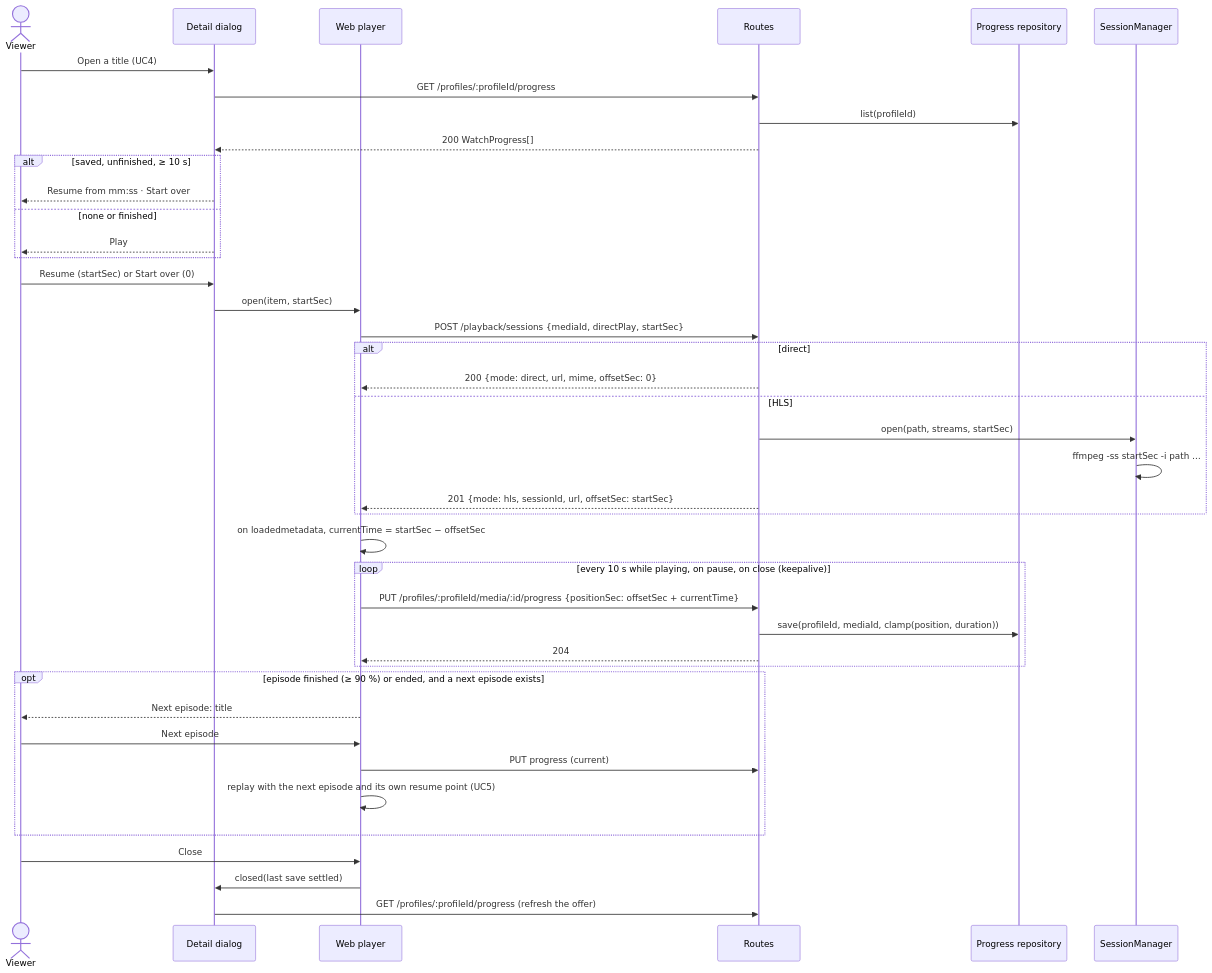
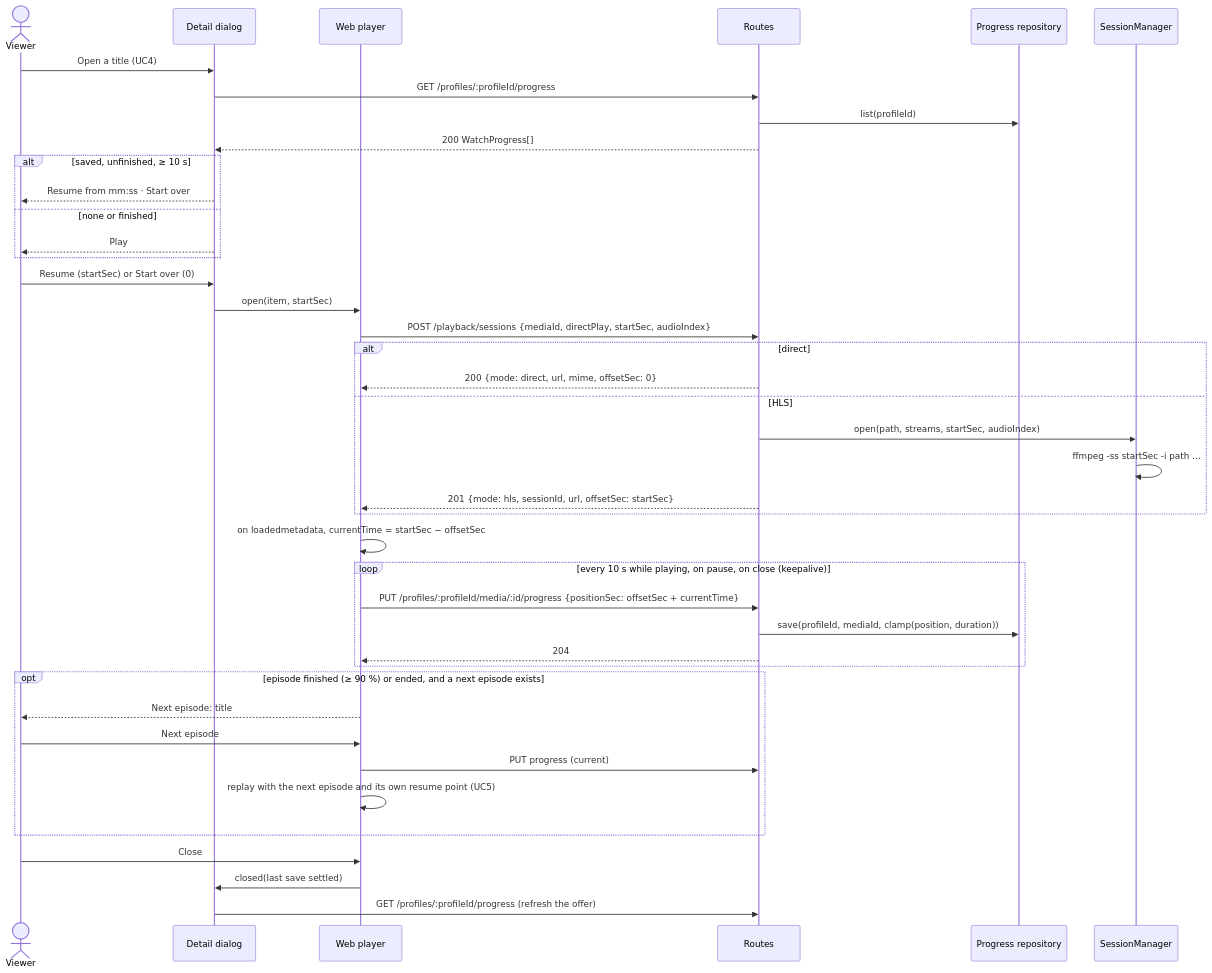
One commit to benoit-bremaud/popcorntv changed the diagram in docs/architecture/diagrams/playback/02-sequence-resume-a-title.md. Above: the diagram before and after it, drawn with Mermaid. The commit also changed 25 other files, not shown here.

First line of the commit message:
feat(playback): choose the audio track (#152)

````diff
--- a/docs/architecture/diagrams/playback/02-sequence-resume-a-title.md
+++ b/docs/architecture/diagrams/playback/02-sequence-resume-a-title.md
@@ -15,44 +15,44 @@
 ```mermaid
 sequenceDiagram
   actor V as Viewer
   participant D as Detail dialog
   participant P as Web player
   participant API as Routes
   participant PR as Progress repository
   participant SM as SessionManager
 
   V->>D: Open a title (UC4)
   D->>API: GET /profiles/:profileId/progress
   API->>PR: list(profileId)
   API-->>D: 200 WatchProgress[]
   alt saved, unfinished, ≥ 10 s
     D-->>V: Resume from mm:ss · Start over
   else none or finished
     D-->>V: Play
   end
   V->>D: Resume (startSec) or Start over (0)
   D->>P: open(item, startSec)
-  P->>API: POST /playback/sessions {mediaId, directPlay, startSec}
+  P->>API: POST /playback/sessions {mediaId, directPlay, startSec, audioIndex}
   alt direct
     API-->>P: 200 {mode: direct, url, mime, offsetSec: 0}
   else HLS
-    API->>SM: open(path, streams, startSec)
+    API->>SM: open(path, streams, startSec, audioIndex)
     SM->>SM: ffmpeg -ss startSec -i path …
     API-->>P: 201 {mode: hls, sessionId, url, offsetSec: startSec}
   end
   P->>P: on loadedmetadata, currentTime = startSec − offsetSec
   loop every 10 s while playing, on pause, on close (keepalive)
     P->>API: PUT /profiles/:profileId/media/:id/progress {positionSec: offsetSec + currentTime}
     API->>PR: save(profileId, mediaId, clamp(position, duration))
     API-->>P: 204
   end
   opt episode finished (≥ 90 %) or ended, and a next episode exists
     P-->>V: Next episode: title
     V->>P: Next episode
     P->>API: PUT progress (current)
     P->>P: replay with the next episode and its own resume point (UC5)
   end
   V->>P: Close
   P->>D: closed(last save settled)
   D->>API: GET /profiles/:profileId/progress (refresh the offer)
 ```
````
